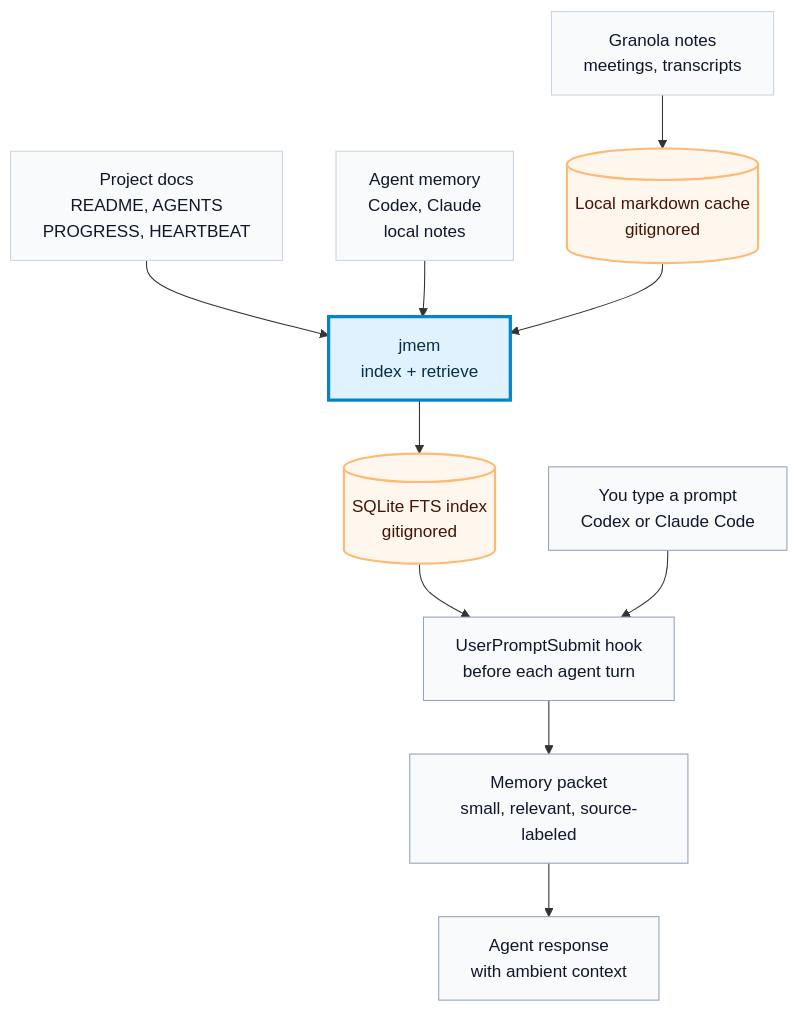
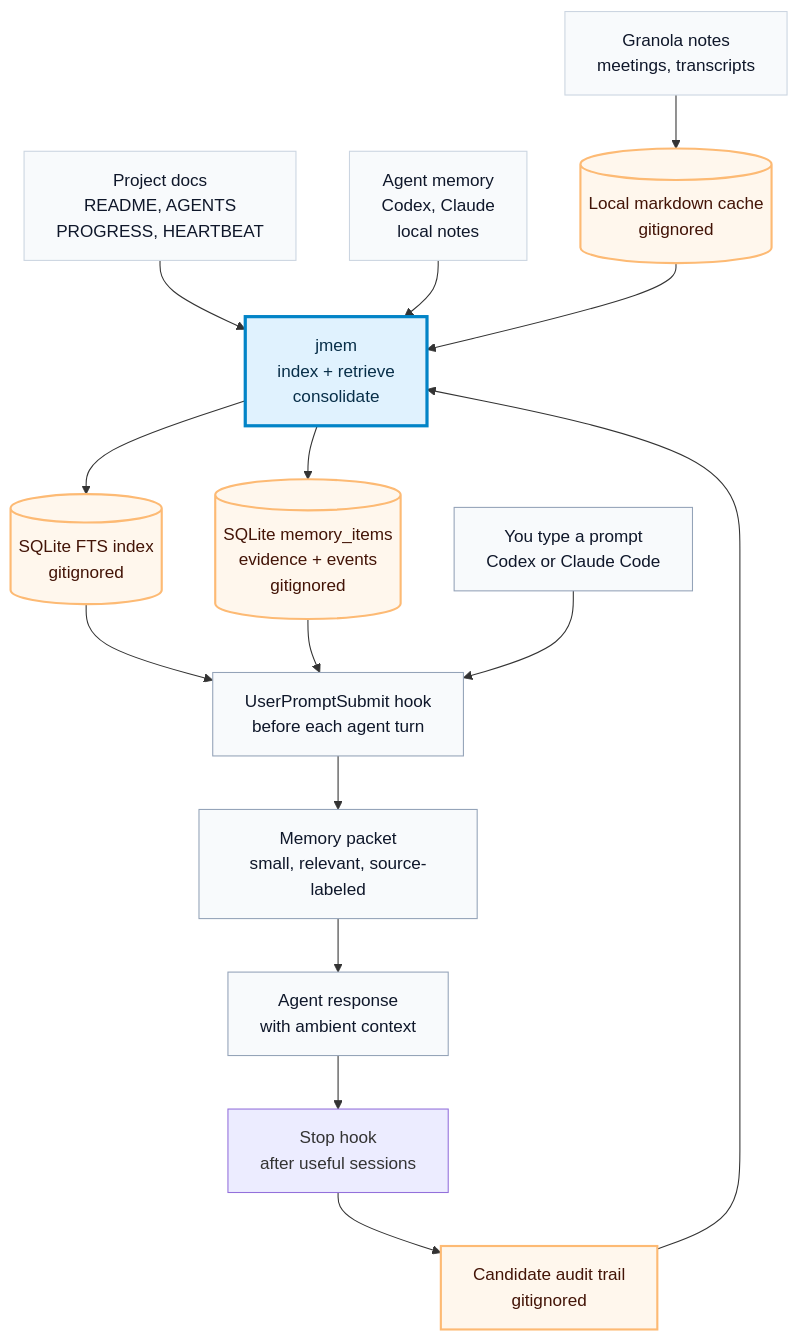
One commit to jawnty/jmem changed the diagram in README.md. Above: the diagram before and after it, drawn with Mermaid. The commit also changed other lines of this file and 6 other files, not shown here.

Commit message:
Add ambient SQLite memory consolidation

````diff
--- a/README.md
+++ b/README.md
@@ -20,36 +21,44 @@
 ```mermaid
 flowchart TB
   docs["Project docs<br/>README, AGENTS<br/>PROGRESS, HEARTBEAT"]
   memory["Agent memory<br/>Codex, Claude<br/>local notes"]
   granola["Granola notes<br/>meetings, transcripts"]
 
   cache[("Local markdown cache<br/>gitignored")]
-  jmem["jmem<br/>index + retrieve"]
+  jmem["jmem<br/>index + retrieve<br/>consolidate"]
   index[("SQLite FTS index<br/>gitignored")]
+  structured[("SQLite memory_items<br/>evidence + events<br/>gitignored")]
 
   user["You type a prompt<br/>Codex or Claude Code"]
   hook["UserPromptSubmit hook<br/>before each agent turn"]
   packet["Memory packet<br/>small, relevant, source-labeled"]
+  stop["Stop hook<br/>after useful sessions"]
+  candidates["Candidate audit trail<br/>gitignored"]
   agent["Agent response<br/>with ambient context"]
 
   docs --> jmem
   memory --> jmem
   granola --> cache
   cache --> jmem
 
   jmem --> index
+  jmem --> structured
   index --> hook
+  structured --> hook
   user --> hook
   hook --> packet
   packet --> agent
+  agent --> stop
+  stop --> candidates
+  candidates --> jmem
 
   classDef source fill:#f8fafc,stroke:#cbd5e1,stroke-width:1px,color:#0f172a;
   classDef core fill:#e0f2fe,stroke:#0284c7,stroke-width:3px,color:#082f49;
   classDef store fill:#fff7ed,stroke:#fdba74,stroke-width:2px,color:#431407;
   classDef runtime fill:#f8fafc,stroke:#94a3b8,stroke-width:1px,color:#0f172a;
 
   class jmem core;
   class docs,memory,granola source;
-  class cache,index store;
+  class cache,index,structured,candidates store;
   class user,hook,packet,agent runtime;
 ```
````
